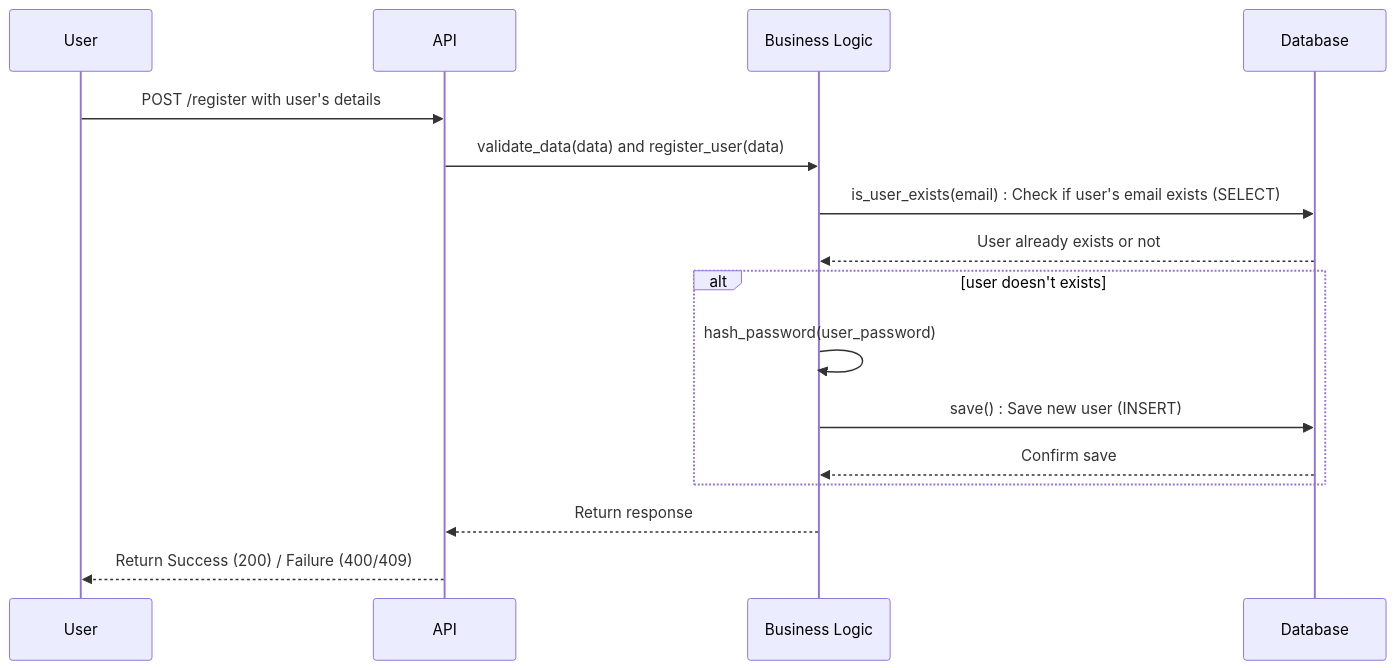
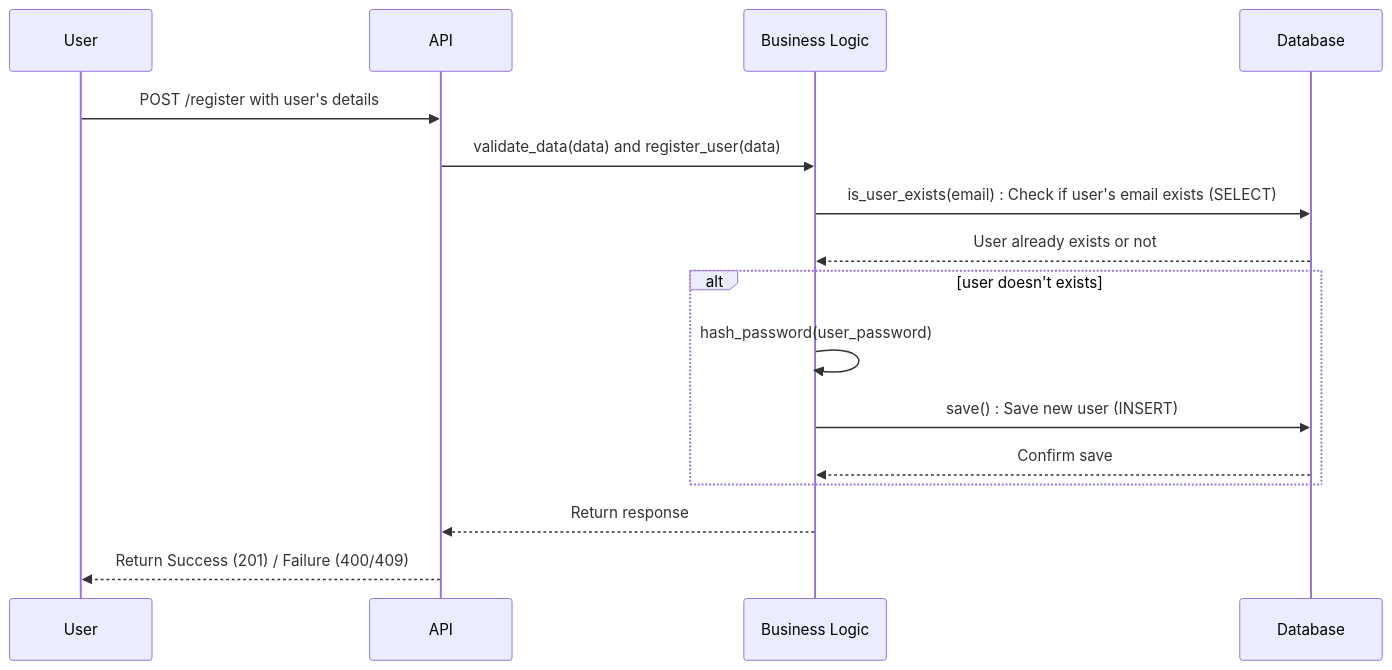
The second of 5 diagrams in part1/README.md (rmarcais/holbertonschool-hbnb), drawn with Mermaid before and after one commit. The commit also changed other lines of this file and 3 other files, not shown here.

````diff
--- a/part1/README.md
+++ b/part1/README.md
@@ -145,19 +145,19 @@
 ```mermaid
 sequenceDiagram
     participant User
     participant API
     participant Business Logic
     participant Database
 
     User ->> API: POST /register with user's details
     API ->> Business Logic: validate_data(data) and register_user(data)
     Business Logic ->> Database: is_user_exists(email) : Check if user's email exists (SELECT)
     Database -->> Business Logic: User already exists or not
     alt user doesn't exists
         Business Logic ->> Business Logic: hash_password(user_password)
         Business Logic ->> Database: save() : Save new user (INSERT)
         Database -->> Business Logic: Confirm save
     end
     Business Logic -->> API: Return response
-    API -->> User: Return Success (200) / Failure (400/409)
+    API -->> User: Return Success (201) / Failure (400/409)
 ```
````
